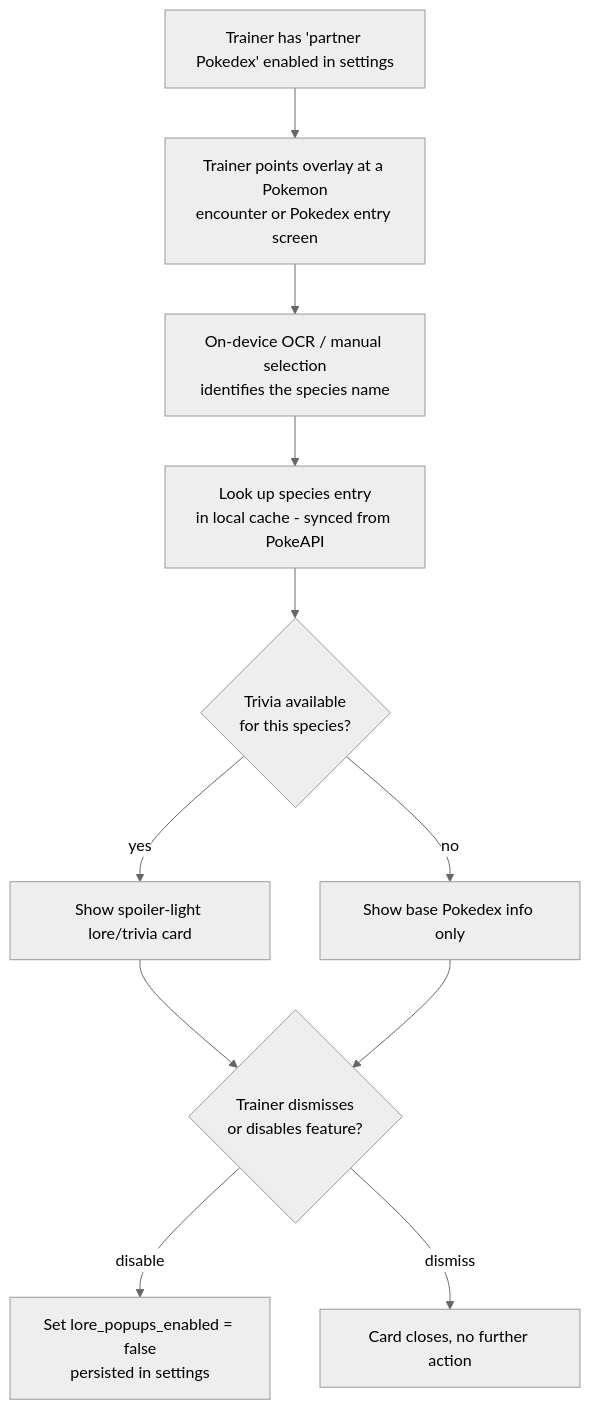
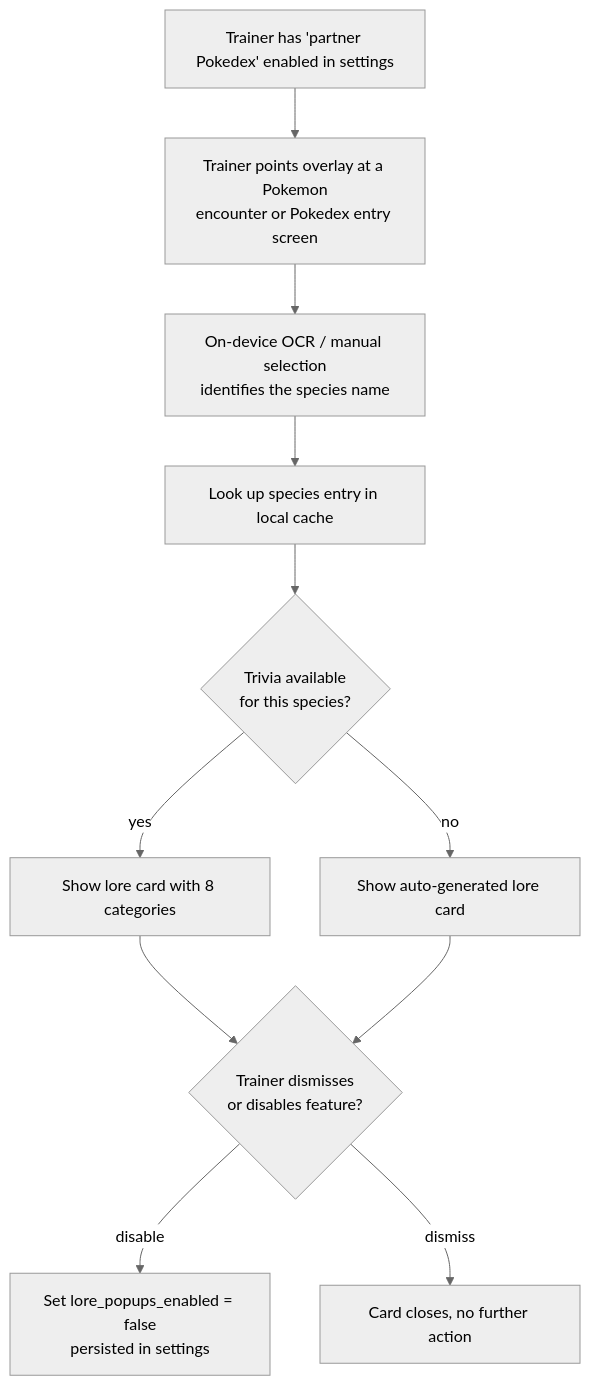
The second of 2 diagrams in docs/flowcharts/pokedex-flow.md (leodah20/pokemon-trainer-companion), drawn with Mermaid (neutral theme) before and after one commit. The commit also changed other lines of this file and 12 other files, not shown here.

````diff
--- a/docs/flowcharts/pokedex-flow.md
+++ b/docs/flowcharts/pokedex-flow.md
@@ -5,13 +21,13 @@
 ```mermaid
 flowchart TD
     A["Trainer has 'partner Pokedex' enabled in settings"] --> B[Trainer points overlay at a Pokemon\nencounter or Pokedex entry screen]
     B --> C[On-device OCR / manual selection\nidentifies the species name]
-    C --> D[Look up species entry\nin local cache - synced from PokeAPI]
+    C --> D[Look up species entry in local cache]
     D --> E{Trivia available\nfor this species?}
-    E -- yes --> F[Show spoiler-light lore/trivia card]
-    E -- no --> G[Show base Pokedex info only]
+    E -- yes --> F[Show lore card with 8 categories]
+    E -- no --> G[Show auto-generated lore card]
     F --> H{Trainer dismisses\nor disables feature?}
     G --> H
     H -- disable --> I[Set lore_popups_enabled = false\npersisted in settings]
     H -- dismiss --> J[Card closes, no further action]
 ```
````
